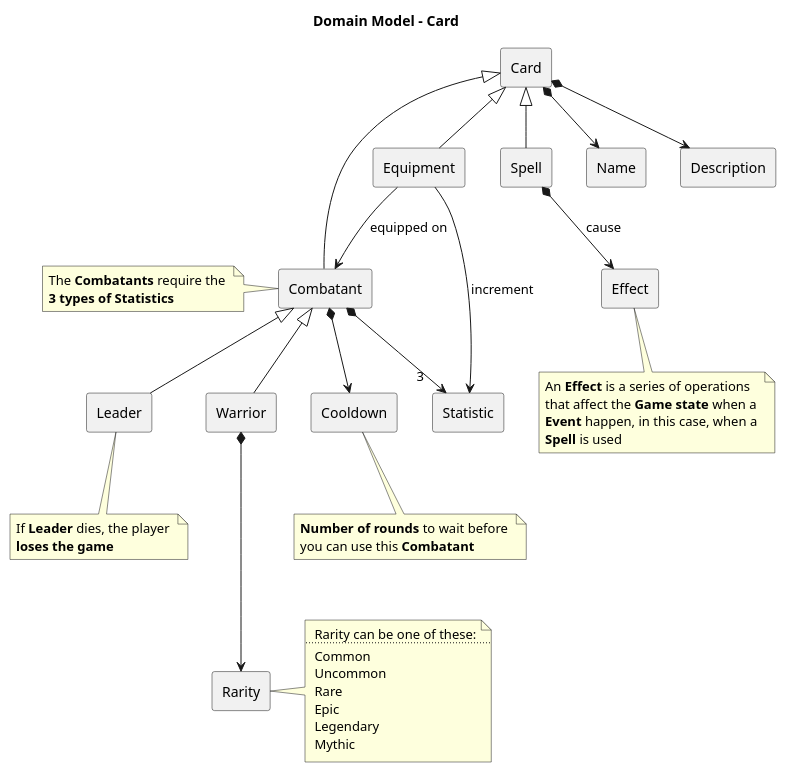
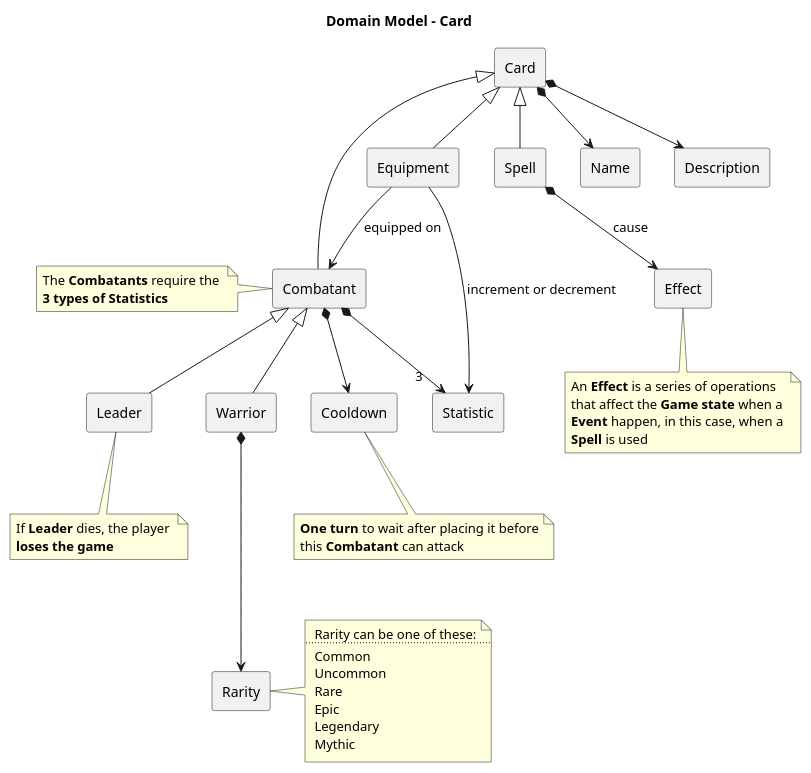
One commit to DainWs/Crazy-Random-Multiverse changed the diagram in docs/development/diagrams/domain_model-card.plantuml. Above: the diagram before and after it, drawn with PlantUML. The commit also changed 7 other files, not shown here.

Commit message:
update the diagrams and frontend actions to the current rules

```diff
--- a/docs/development/diagrams/domain_model-card.plantuml
+++ b/docs/development/diagrams/domain_model-card.plantuml
@@ -1,69 +1,69 @@
 @startuml 
 title "Domain Model - Card"
 
 rectangle Card
 rectangle Spell
 rectangle Equipment
 rectangle Combatant
 rectangle Leader
 rectangle Warrior
 rectangle Rarity
 rectangle Cooldown
 rectangle Statistic
 rectangle Name
 rectangle Effect
 rectangle Description
 
 Card *--> Name
 Card *--> Description
 
 Card <|-- Spell
 Card <|-- Equipment 
 Card <|-- Combatant 
 
 Spell *--> Effect : cause
 
 Equipment --> Combatant : equipped on
-Equipment --> Statistic : increment
+Equipment --> Statistic : increment or decrement
 
 Combatant <|-- Leader
 Combatant <|-- Warrior
 Combatant *--> "3    " Statistic
 Combatant *--> Cooldown
 
 Warrior *---> Rarity
 
 note bottom of Effect
 	An **Effect** is a series of operations 
 	that affect the **Game state** when a 
 	**Event** happen, in this case, when a
 	**Spell** is used
 end note
 
 note left of Combatant
 	The **Combatants** require the 
 	**3 types of Statistics**
 end note
 
 note bottom of Leader
 	If **Leader** dies, the player 
 	**loses the game**
 end note
 
 note bottom of Cooldown
-	**Number of rounds** to wait before 
-	you can use this **Combatant**
+	**One turn** to wait after placing it before
+	this **Combatant** can attack
 end note
 
 note right of Rarity
  Rarity can be one of these:
 ....
  Common
  Uncommon
  Rare
  Epic
  Legendary
  Mythic
 end note
 
 @enduml
```
